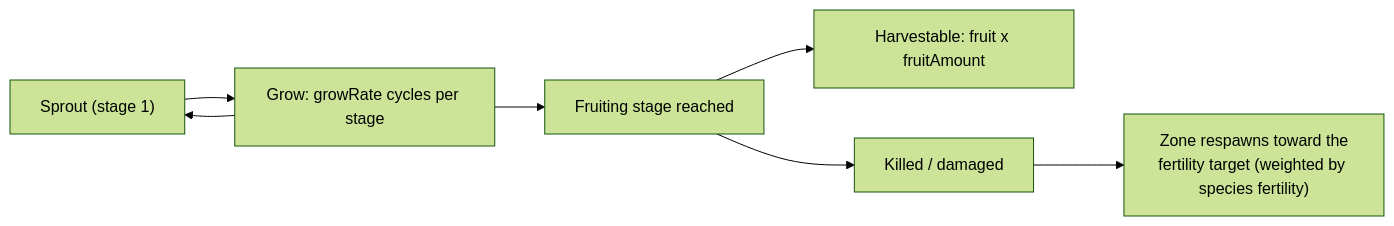
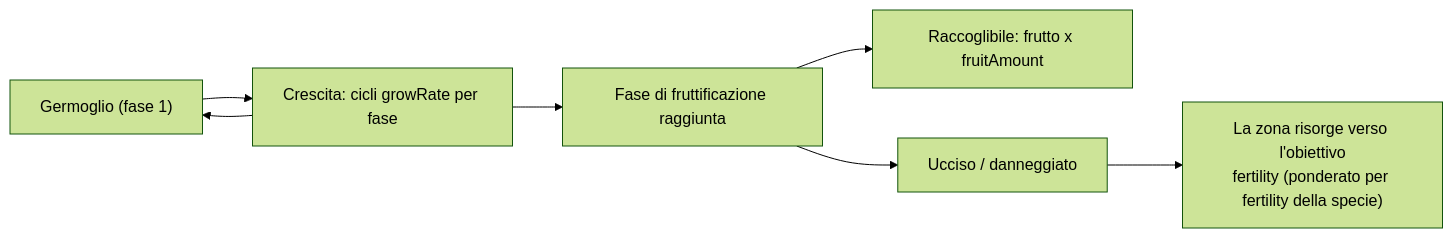
One commit to OpenPerpetuum/wiki changed the diagram in content/it/content/plants.md. Above: the diagram before and after it, drawn with Mermaid (forest theme). The commit also changed other lines of this file and 12188 other files, not shown here.

````diff
--- a/content/it/content/plants.md
+++ b/content/it/content/plants.md
@@ -16,9 +16,9 @@
 ```mermaid
 flowchart LR
-    S["Sprout (stage 1)"] --> G["Grow: growRate cycles per stage"]
+    S["Germoglio (fase 1)"] --> G["Crescita: cicli growRate per fase"]
     G --> S
-    G --> F["Fruiting stage reached"]
-    F --> H["Harvestable: fruit x fruitAmount"]
-    F --> K["Killed / damaged"]
-    K --> R["Zone respawns toward the\nfertility target (weighted by species fertility)"]
+    G --> F["Fase di fruttificazione raggiunta"]
+    F --> H["Raccoglibile: frutto x fruitAmount"]
+    F --> K["Ucciso / danneggiato"]
+    K --> R["La zona risorge verso l'obiettivo\nfertility (ponderato per fertility della specie)"]
 ```
````
